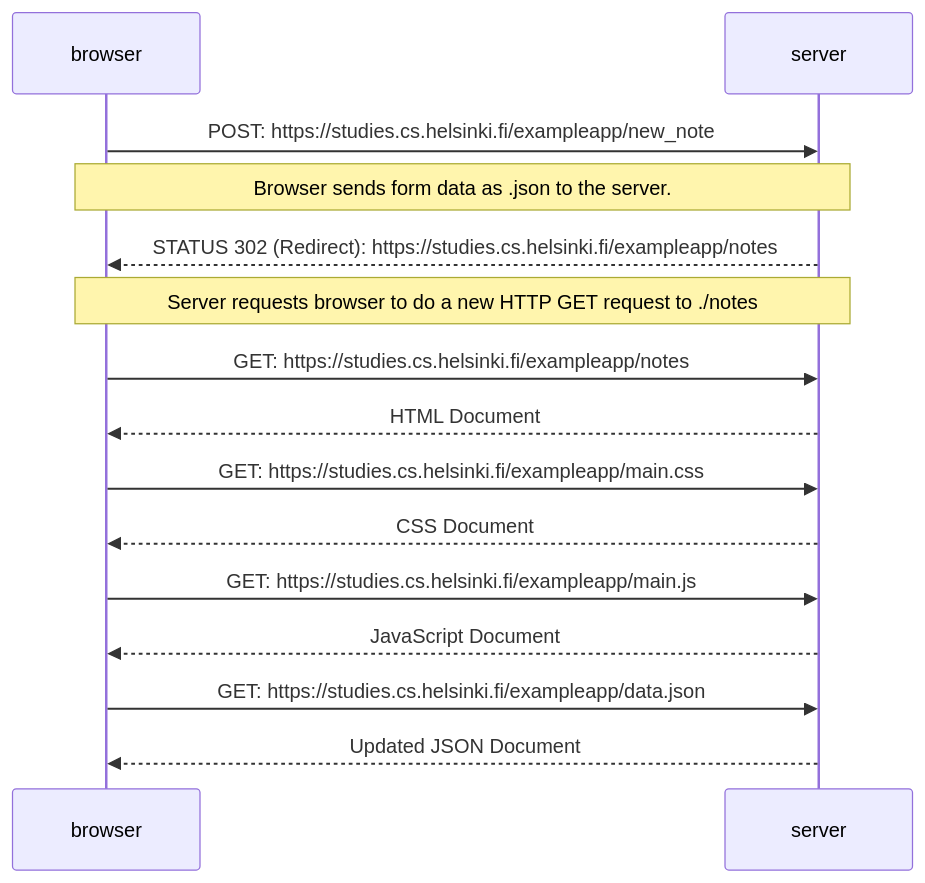
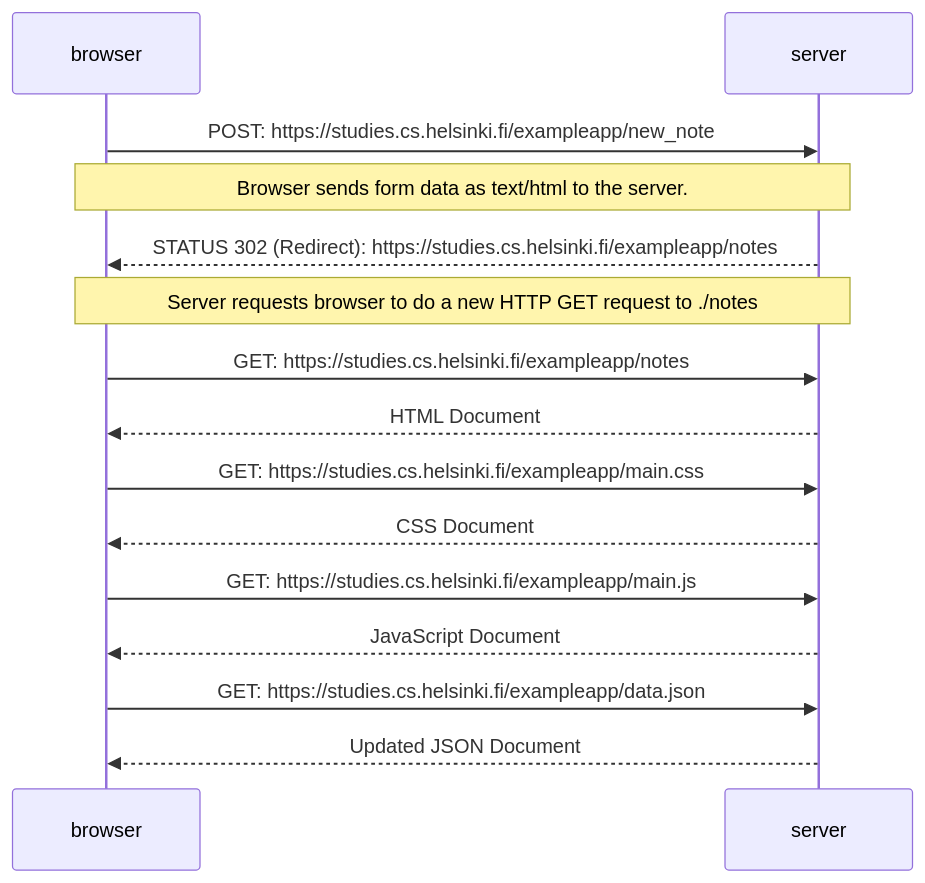
One commit to ShaunDaniel/FullStackOpen-Submissions changed the diagram in part0/0.4.md. Above: the diagram before and after it, drawn with Mermaid. The commit also changed 2 other files, not shown here.

Commit message:
Changes to existing exercise & completed 0.5 & 0.6

````diff
--- a/part0/0.4.md
+++ b/part0/0.4.md
@@ -1,27 +1,27 @@
 ```mermaid
 
 sequenceDiagram
     participant browser
     participant server
 
     browser->>server: POST: https://studies.cs.helsinki.fi/exampleapp/new_note 
-    Note over browser,server : Browser sends form data as .json to the server.
+    Note over browser,server : Browser sends form data as text/html to the server.
 
     server-->>browser: STATUS 302 (Redirect): https://studies.cs.helsinki.fi/exampleapp/notes 
     Note over browser,server: Server requests browser to do a new HTTP GET request to ./notes
 
     browser->>server: GET: https://studies.cs.helsinki.fi/exampleapp/notes 
     server-->>browser: HTML Document 
 
     browser->>server: GET: https://studies.cs.helsinki.fi/exampleapp/main.css 
     server-->>browser: CSS Document
 
     browser->>server: GET: https://studies.cs.helsinki.fi/exampleapp/main.js 
     server-->>browser: JavaScript Document  
 
     browser->>server: GET: https://studies.cs.helsinki.fi/exampleapp/data.json 
     server-->>browser: Updated JSON Document 
     
     
 
 ```
````
